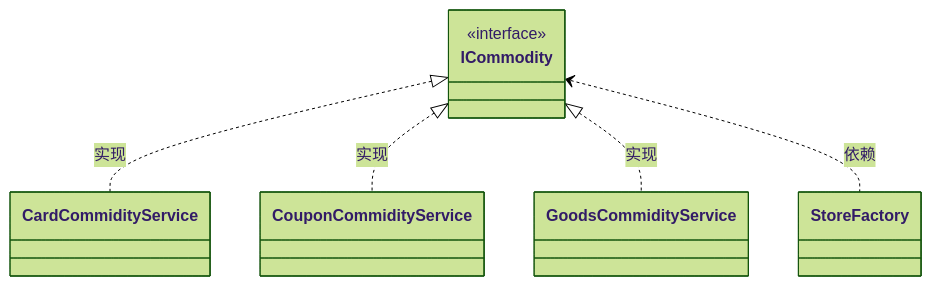
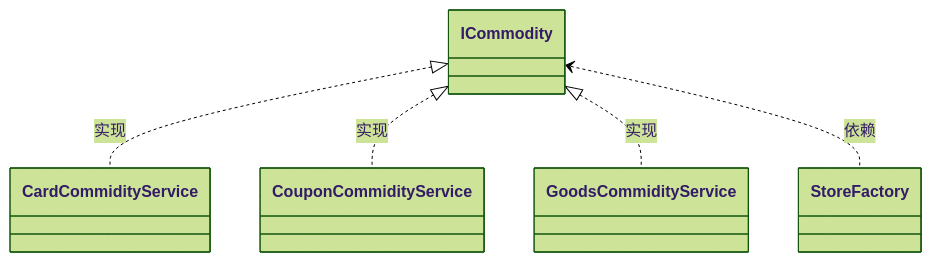
The diagram in content/posts/工厂模式.md (Zhengbledor/Zhengbledor.github.io), drawn with Mermaid (forest theme) before and after one commit. The commit also changed other lines of this file and 1 other file, not shown here.

````diff
--- a/content/posts/工厂模式.md
+++ b/content/posts/工厂模式.md
@@ -88,8 +87,7 @@
-```mermaid
+{{<mermaid>}}
 classDiagram
     ICommodity <|.. CardCommidityService : 实现
     ICommodity <|.. CouponCommidityService : 实现
     ICommodity <|.. GoodsCommidityService : 实现
     ICommodity <.. StoreFactory : 依赖
-    <<interface>> ICommodity
-```
+{{</mermaid>}}
````
